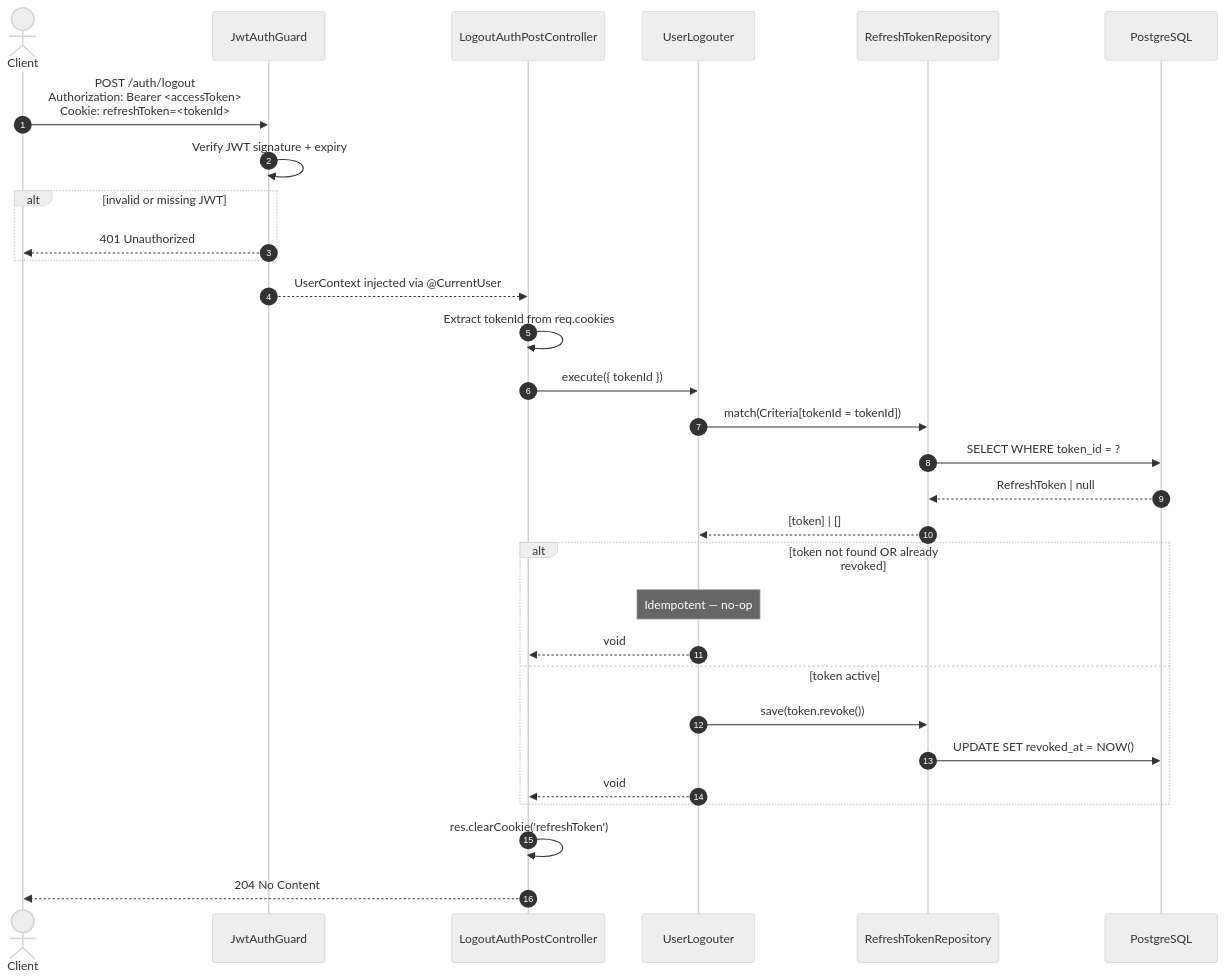
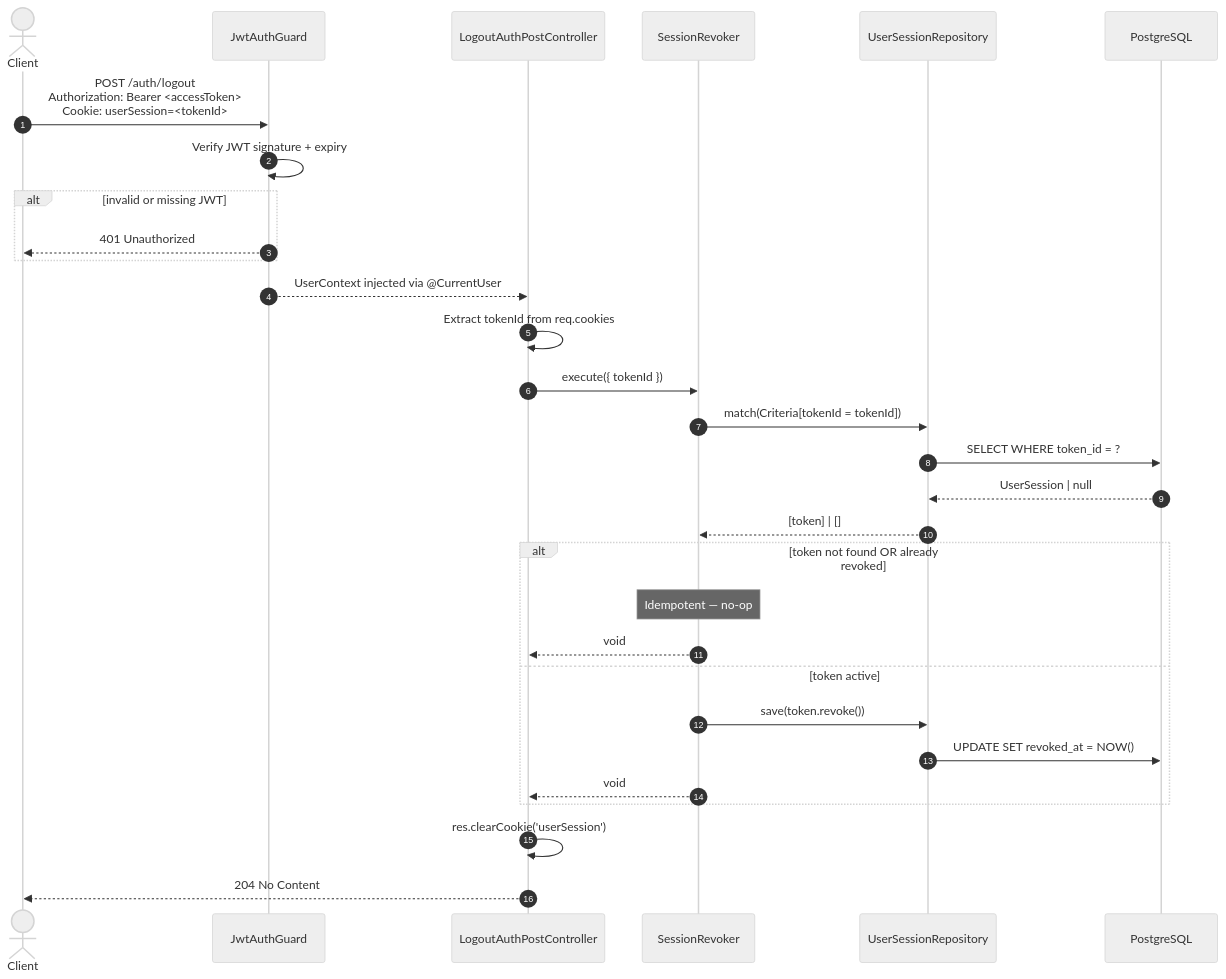
One commit to AbrahamVilchesDeLaCruz/ididntcatchthat changed the diagram in docs/apps/api/identity/logout/sequence.md. Above: the diagram before and after it, drawn with Mermaid (neutral theme). The commit also changed 184 other files, not shown here.

````diff
--- a/docs/apps/api/identity/logout/sequence.md
+++ b/docs/apps/api/identity/logout/sequence.md
@@ -6,40 +6,40 @@
 ```mermaid
 sequenceDiagram
     autonumber
     actor Client
     participant Guard as JwtAuthGuard
     participant Controller as LogoutAuthPostController
-    participant UC as UserLogouter
-    participant RefreshRepo as RefreshTokenRepository
+    participant UC as SessionRevoker
+    participant RefreshRepo as UserSessionRepository
     participant DB as PostgreSQL
 
-    Client->>Guard: POST /auth/logout<br/>Authorization: Bearer <accessToken><br/>Cookie: refreshToken=<tokenId>
+    Client->>Guard: POST /auth/logout<br/>Authorization: Bearer <accessToken><br/>Cookie: userSession=<tokenId>
 
     Guard->>Guard: Verify JWT signature + expiry
     alt invalid or missing JWT
         Guard-->>Client: 401 Unauthorized
     end
 
     Guard-->>Controller: UserContext injected via @CurrentUser
 
     Controller->>Controller: Extract tokenId from req.cookies
 
     Controller->>UC: execute({ tokenId })
 
     UC->>RefreshRepo: match(Criteria[tokenId = tokenId])
     RefreshRepo->>DB: SELECT WHERE token_id = ?
-    DB-->>RefreshRepo: RefreshToken | null
+    DB-->>RefreshRepo: UserSession | null
     RefreshRepo-->>UC: [token] | []
 
     alt token not found OR already revoked
         Note over UC: Idempotent — no-op
         UC-->>Controller: void
     else token active
         UC->>RefreshRepo: save(token.revoke())
         RefreshRepo->>DB: UPDATE SET revoked_at = NOW()
         UC-->>Controller: void
     end
 
-    Controller->>Controller: res.clearCookie('refreshToken')
+    Controller->>Controller: res.clearCookie('userSession')
     Controller-->>Client: 204 No Content
 ```
````
